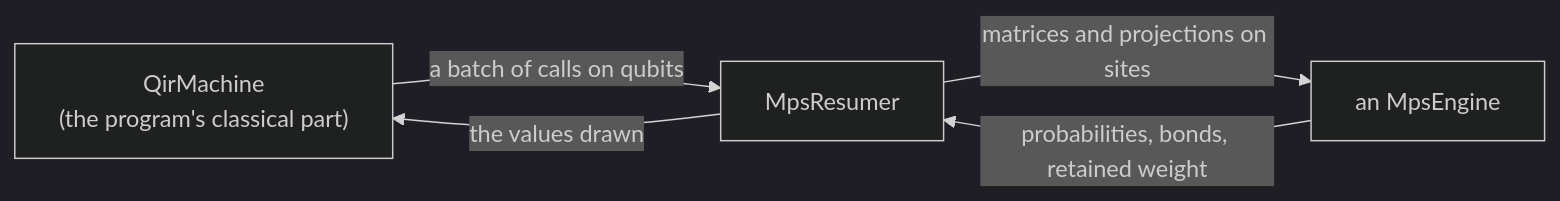
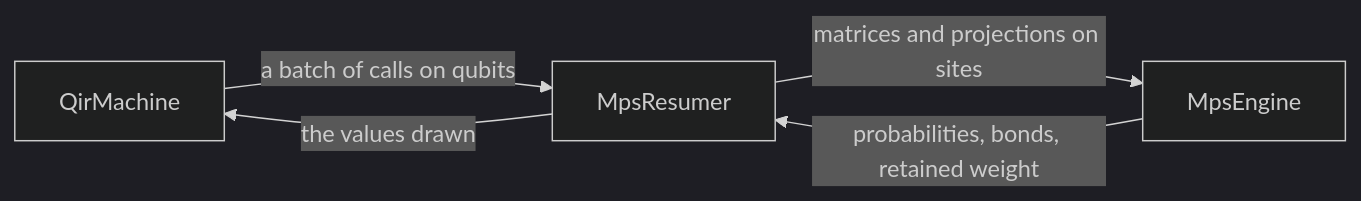
One commit to microsoft/qdk changed the diagram in source/simulators/src/mps_simulator/README.md. Above: the diagram before and after it, drawn with Mermaid (dark theme). The commit also changed other lines of this file and 3 other files, not shown here.

````diff
--- a/source/simulators/src/mps_simulator/README.md
+++ b/source/simulators/src/mps_simulator/README.md
@@ -75,7 +103,7 @@
 ```mermaid
 flowchart LR
-  M["QirMachine<br/>(the program's classical part)"] -->|"a batch of calls on qubits"| R["MpsResumer"]
+  M["QirMachine"] -->|"a batch of calls on qubits"| R["MpsResumer"]
   R -->|"the values drawn"| M
-  R -->|"matrices and projections on sites"| E["an MpsEngine"]
+  R -->|"matrices and projections on sites"| E["MpsEngine"]
   E -->|"probabilities, bonds, retained weight"| R
 ```
````
